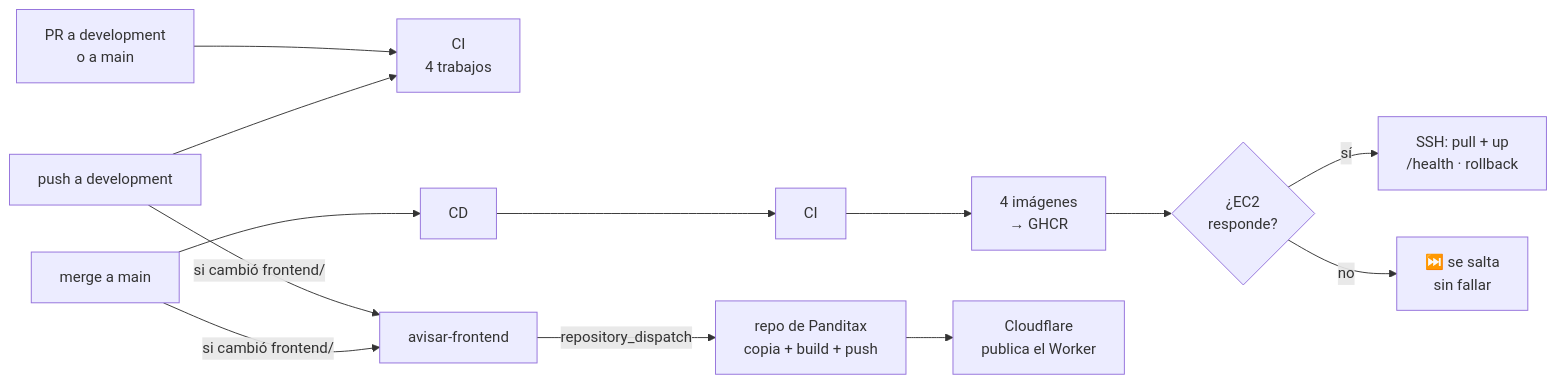
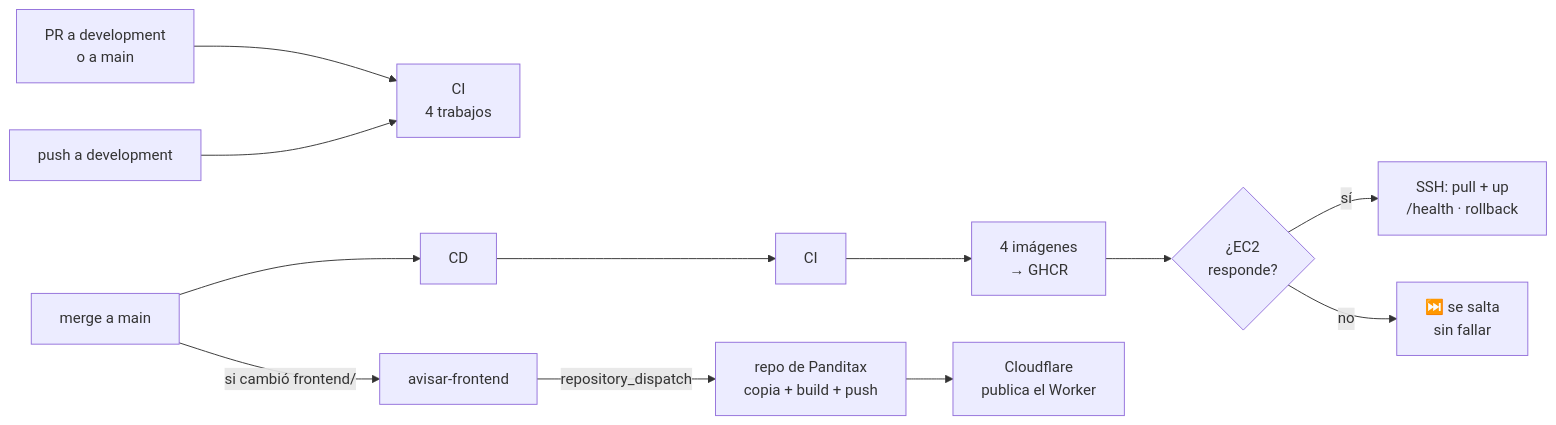
One commit to Martinnnn-ops/cacha-el-precio changed the diagram in docs/CICD.md. Above: the diagram before and after it, drawn with Mermaid. The commit also changed other lines of this file and 6 other files, not shown here.

````diff
--- a/docs/CICD.md
+++ b/docs/CICD.md
@@ -24,15 +23,14 @@
 ```mermaid
 flowchart LR
     PR["PR a development<br/>o a main"] --> CI["CI<br/>4 trabajos"]
     D["push a development"] --> CI
     M["merge a main"] --> CD["CD"]
-    D -->|"si cambió frontend/"| AV["avisar-frontend"]
-    M -->|"si cambió frontend/"| AV
+    M -->|"si cambió frontend/"| AV["avisar-frontend"]
 
     CD --> CI2["CI"] --> IMG["4 imágenes<br/>→ GHCR"] --> Q{"¿EC2<br/>responde?"}
     Q -- sí --> DEP["SSH: pull + up<br/>/health · rollback"]
     Q -- no --> SK["⏭️ se salta<br/>sin fallar"]
 
     AV -->|"repository_dispatch"| FR["repo de Panditax<br/>copia + build + push"]
     FR --> CF["Cloudflare<br/>publica el Worker"]
 ```
````
